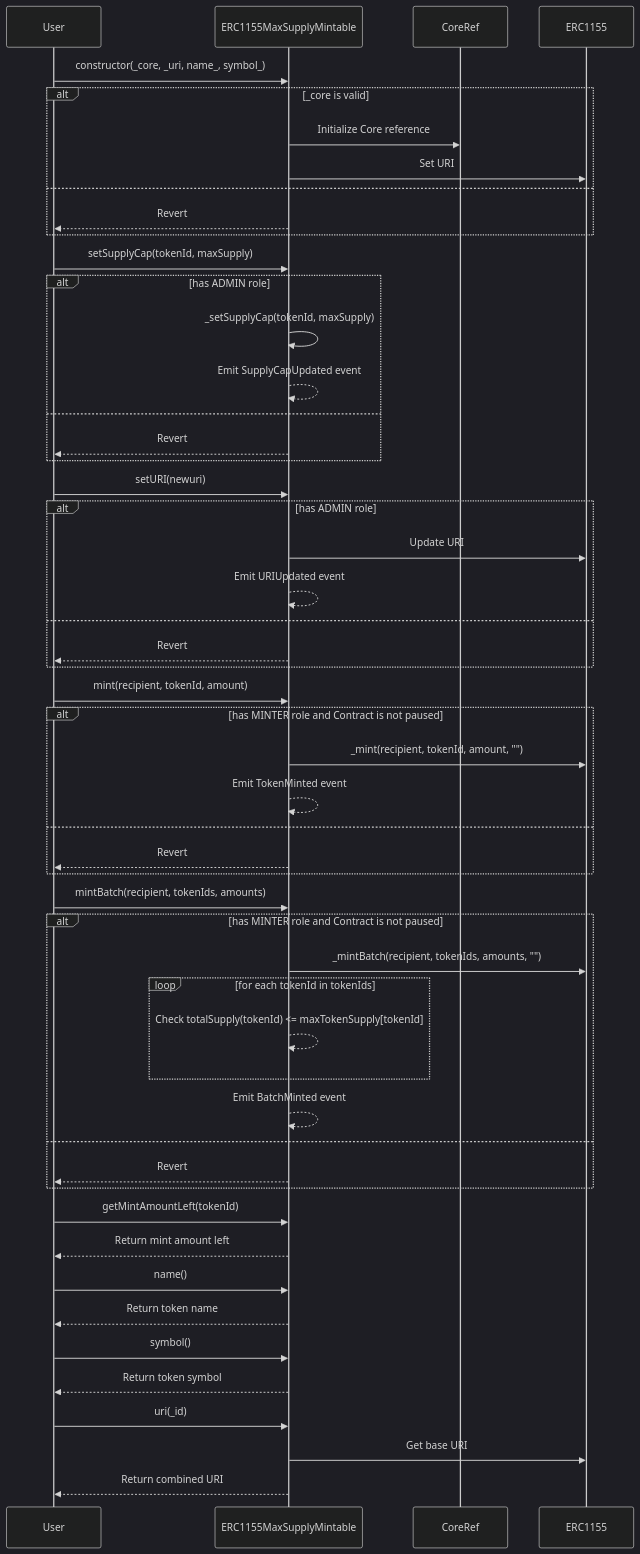
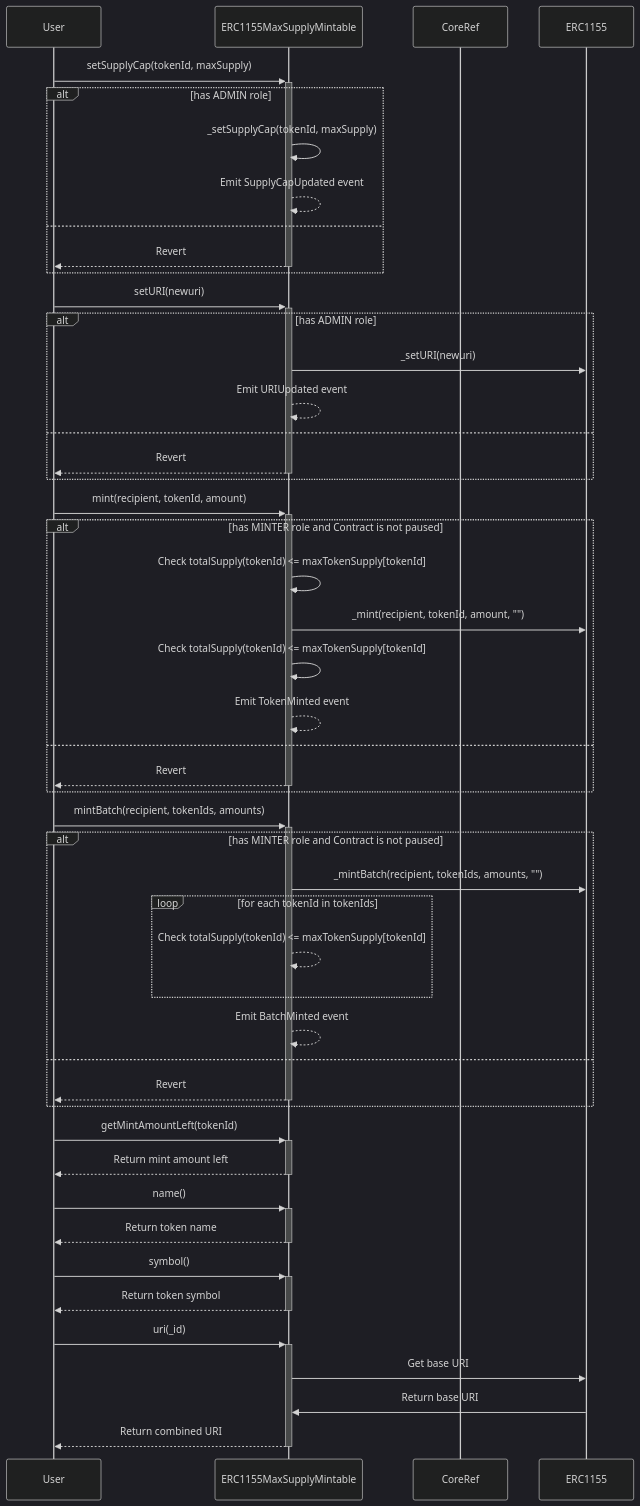
The second of 2 diagrams in doc/contracts/nfts/ERC1155MaxSupplyMintable.md (ZTX-Foundation/tuxedo), drawn with Mermaid (dark theme) before and after one commit. The commit also changed 12 other files, not shown here.

Commit message:
feat: updated sequence diagrams

````diff
--- a/doc/contracts/nfts/ERC1155MaxSupplyMintable.md
+++ b/doc/contracts/nfts/ERC1155MaxSupplyMintable.md
@@ -22,63 +22,58 @@
 ```mermaid
 sequenceDiagram
     participant User as User
     participant ERC1155MaxSupplyMintable
     participant Core as CoreRef
     participant ERC1155
 
-    User->>ERC1155MaxSupplyMintable: constructor(_core, _uri, name_, symbol_)
-    alt _core is valid
-        ERC1155MaxSupplyMintable->>Core: Initialize Core reference
-        ERC1155MaxSupplyMintable->>ERC1155: Set URI
-    else
-        ERC1155MaxSupplyMintable-->>User: Revert
-    end
-
-    User->>ERC1155MaxSupplyMintable: setSupplyCap(tokenId, maxSupply)
+    User->>+ERC1155MaxSupplyMintable: setSupplyCap(tokenId, maxSupply)
     alt has ADMIN role
         ERC1155MaxSupplyMintable->>ERC1155MaxSupplyMintable: _setSupplyCap(tokenId, maxSupply)
         ERC1155MaxSupplyMintable-->>ERC1155MaxSupplyMintable: Emit SupplyCapUpdated event
     else
-        ERC1155MaxSupplyMintable-->>User: Revert
+        ERC1155MaxSupplyMintable-->>-User: Revert
     end
 
-    User->>ERC1155MaxSupplyMintable: setURI(newuri)
+    User->>+ERC1155MaxSupplyMintable: setURI(newuri)
     alt has ADMIN role
-        ERC1155MaxSupplyMintable->>ERC1155: Update URI
+        ERC1155MaxSupplyMintable->>ERC1155: _setURI(newuri)
         ERC1155MaxSupplyMintable-->>ERC1155MaxSupplyMintable: Emit URIUpdated event
     else
-        ERC1155MaxSupplyMintable-->>User: Revert
+        ERC1155MaxSupplyMintable-->>-User: Revert
     end
 
-    User->>ERC1155MaxSupplyMintable: mint(recipient, tokenId, amount)
+    User->>+ERC1155MaxSupplyMintable: mint(recipient, tokenId, amount)
     alt has MINTER role and Contract is not paused
+        ERC1155MaxSupplyMintable->>ERC1155MaxSupplyMintable: Check totalSupply(tokenId) <= maxTokenSupply[tokenId]
         ERC1155MaxSupplyMintable->>ERC1155: _mint(recipient, tokenId, amount, "")
+        ERC1155MaxSupplyMintable->>ERC1155MaxSupplyMintable: Check totalSupply(tokenId) <= maxTokenSupply[tokenId]
         ERC1155MaxSupplyMintable-->>ERC1155MaxSupplyMintable: Emit TokenMinted event
     else
-        ERC1155MaxSupplyMintable-->>User: Revert
+        ERC1155MaxSupplyMintable-->>-User: Revert
     end
 
-    User->>ERC1155MaxSupplyMintable: mintBatch(recipient, tokenIds, amounts)
+    User->>+ERC1155MaxSupplyMintable: mintBatch(recipient, tokenIds, amounts)
     alt has MINTER role and Contract is not paused
         ERC1155MaxSupplyMintable->>ERC1155: _mintBatch(recipient, tokenIds, amounts, "")
         loop for each tokenId in tokenIds
             ERC1155MaxSupplyMintable-->>ERC1155MaxSupplyMintable: Check totalSupply(tokenId) <= maxTokenSupply[tokenId]
         end
         ERC1155MaxSupplyMintable-->>ERC1155MaxSupplyMintable: Emit BatchMinted event
     else
-        ERC1155MaxSupplyMintable-->>User: Revert
+        ERC1155MaxSupplyMintable-->>-User: Revert
     end
 
-    User->>ERC1155MaxSupplyMintable: getMintAmountLeft(tokenId)
-    ERC1155MaxSupplyMintable-->>User: Return mint amount left
+    User->>+ERC1155MaxSupplyMintable: getMintAmountLeft(tokenId)
+    ERC1155MaxSupplyMintable-->>-User: Return mint amount left
 
-    User->>ERC1155MaxSupplyMintable: name()
-    ERC1155MaxSupplyMintable-->>User: Return token name
+    User->>+ERC1155MaxSupplyMintable: name()
+    ERC1155MaxSupplyMintable-->>-User: Return token name
 
-    User->>ERC1155MaxSupplyMintable: symbol()
-    ERC1155MaxSupplyMintable-->>User: Return token symbol
+    User->>+ERC1155MaxSupplyMintable: symbol()
+    ERC1155MaxSupplyMintable-->>-User: Return token symbol
 
-    User->>ERC1155MaxSupplyMintable: uri(_id)
+    User->>+ERC1155MaxSupplyMintable: uri(_id)
     ERC1155MaxSupplyMintable->>ERC1155: Get base URI
-    ERC1155MaxSupplyMintable-->>User: Return combined URI
+    ERC1155->>ERC1155MaxSupplyMintable: Return base URI
+    ERC1155MaxSupplyMintable-->>-User: Return combined URI
 ```
````
